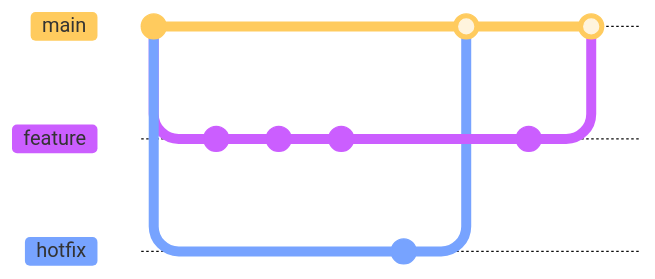
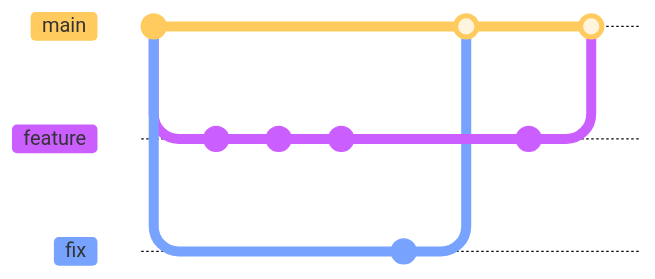
The first of 2 diagrams in apps/docs/pages/docs/monorepo.mdx (uib-ub/uib-ub-monorepo), drawn with Mermaid before and after one commit. The commit also changed other lines of this file, not shown here. Commit ids are hidden.

````diff
--- a/apps/docs/pages/docs/monorepo.mdx
+++ b/apps/docs/pages/docs/monorepo.mdx
@@ -7,21 +54,21 @@
 ```mermaid
 ---
 Monorepo merge strategy
 ---
 %%{init: { 'logLevel': 'debug', 'theme': 'base' } }%%
     gitGraph
        commit
        branch feature
        commit
        commit
 			 commit
 			 checkout main
-       branch hotfix
+       branch fix
        commit
 			 checkout main
-       merge hotfix
+       merge fix
        checkout feature
 			 commit
 			 checkout main
        merge feature
 ```
````
